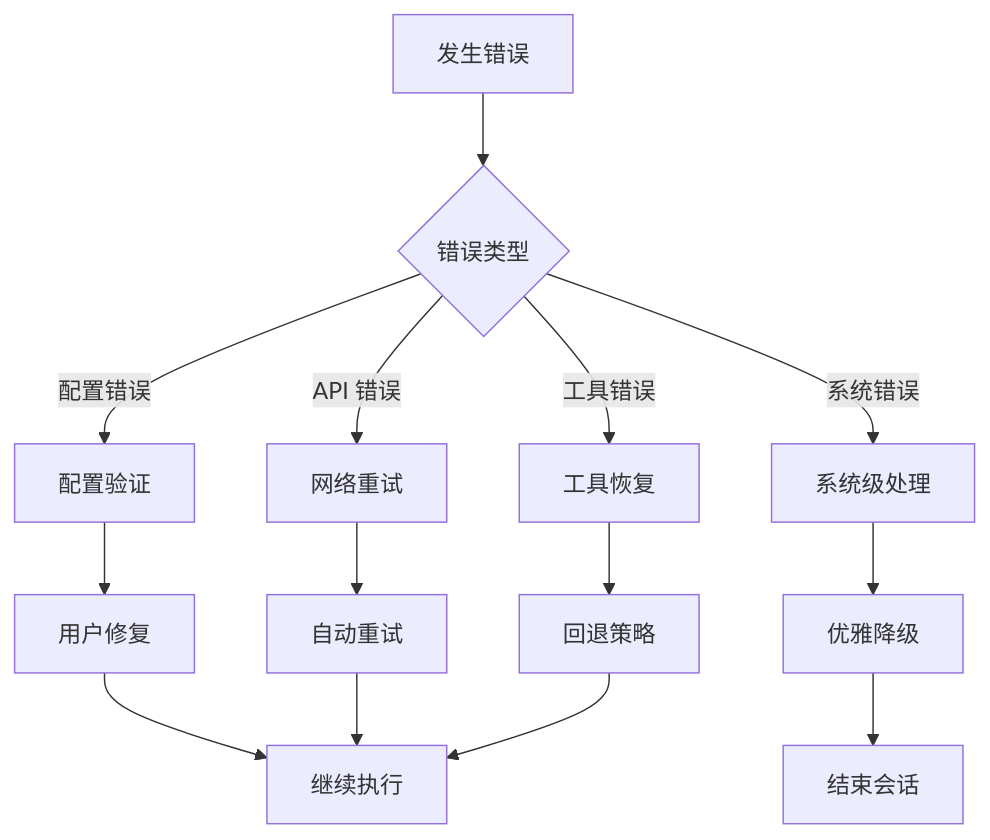
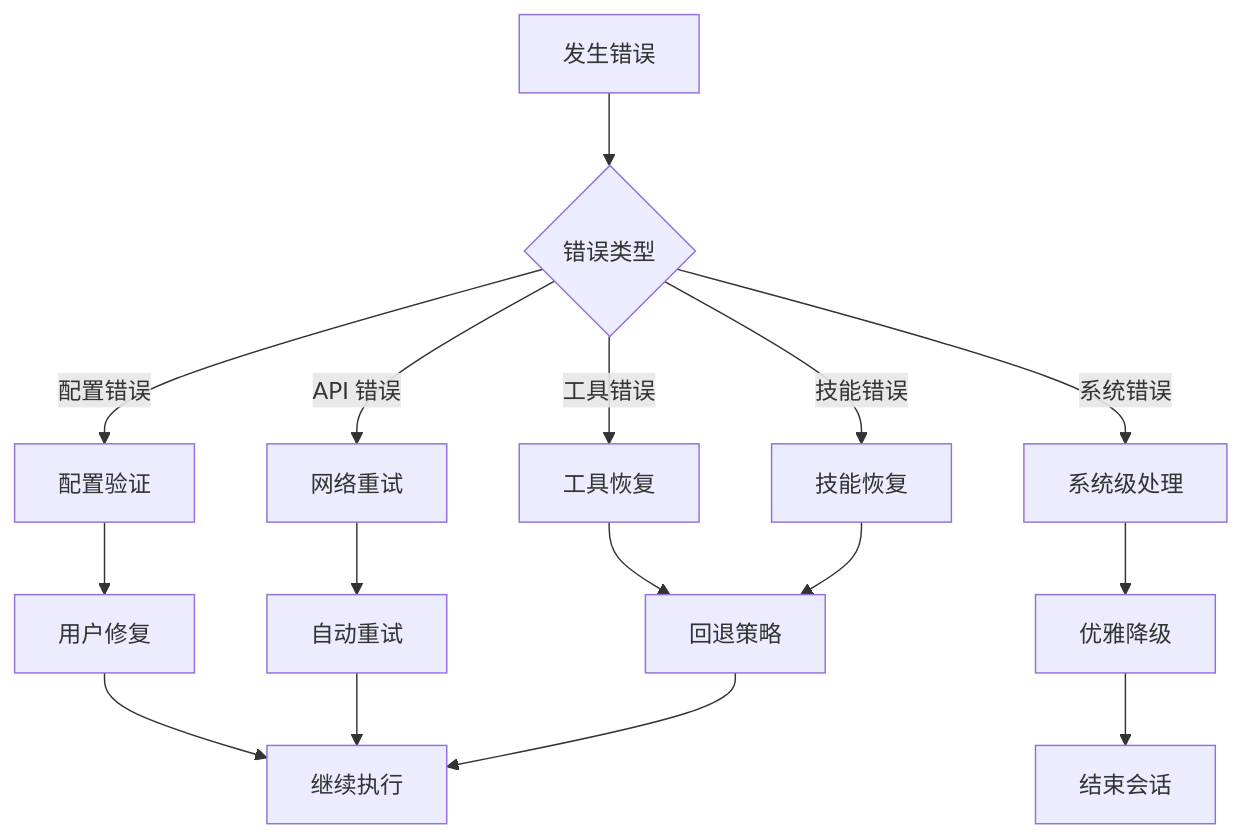
One commit to 250shiwo/MySmallAgent changed diagram 15 of 15 in .qoder/repowiki/zh/content/架构设计/架构设计.md. Above: the diagram before and after it, drawn with Mermaid. The commit also changed other lines of this file and 28 other files, not shown here.

````diff
--- a/.qoder/repowiki/zh/content/架构设计/架构设计.md
+++ b/.qoder/repowiki/zh/content/架构设计/架构设计.md
@@ -545,16 +669,18 @@
 ```mermaid
 flowchart TD
 Error[发生错误] --> CheckType{错误类型}
 CheckType --> |配置错误| ConfigError[配置验证]
 CheckType --> |API 错误| APIError[网络重试]
 CheckType --> |工具错误| ToolError[工具恢复]
+CheckType --> |技能错误| SkillError[技能恢复]
 CheckType --> |系统错误| SystemError[系统级处理]
 ConfigError --> UserFix[用户修复]
 APIError --> Retry[自动重试]
 ToolError --> Fallback[回退策略]
+SkillError --> Fallback
 SystemError --> Graceful[优雅降级]
 UserFix --> Continue[继续执行]
 Retry --> Continue
 Fallback --> Continue
 Graceful --> End[结束会话]
 ```
````
